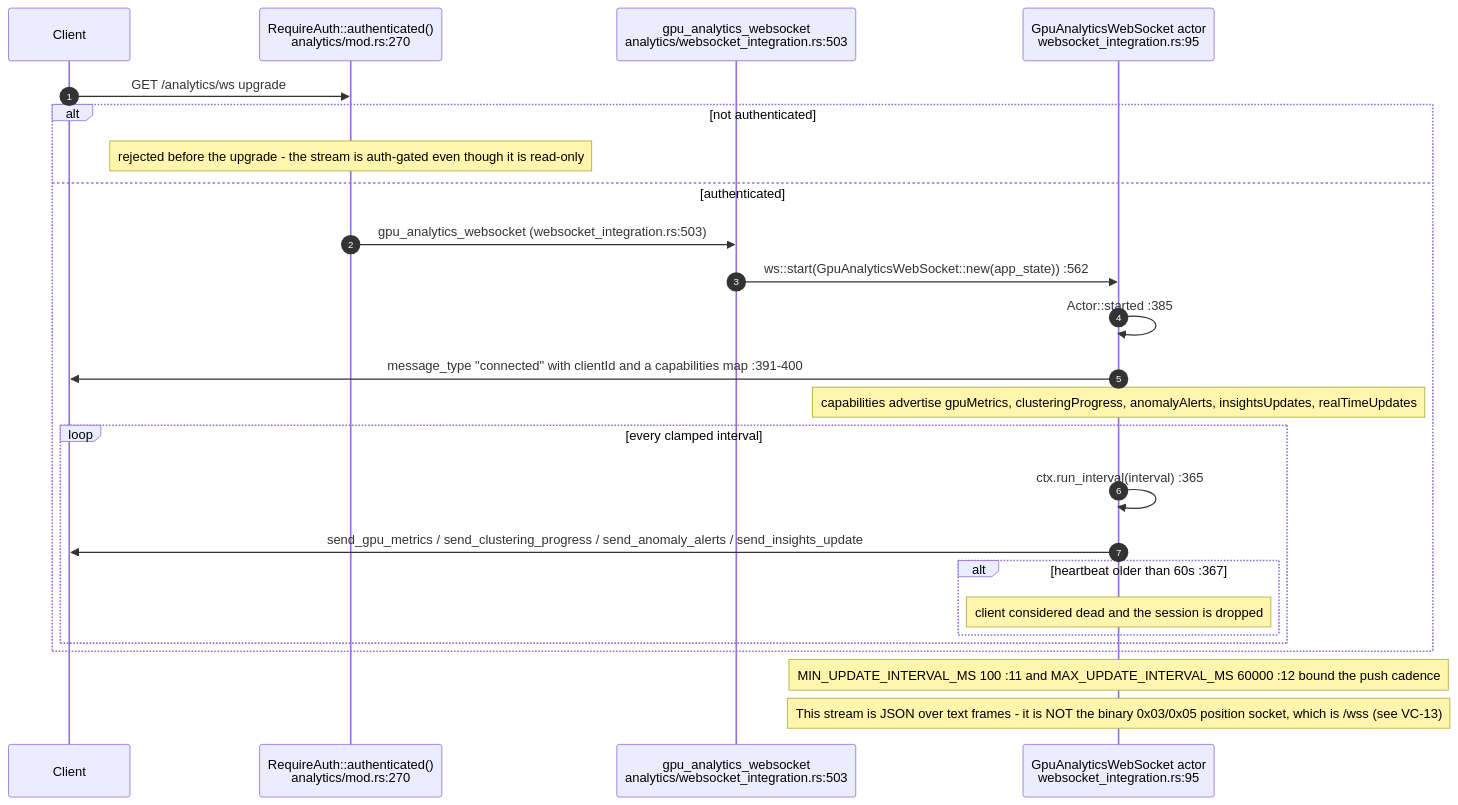
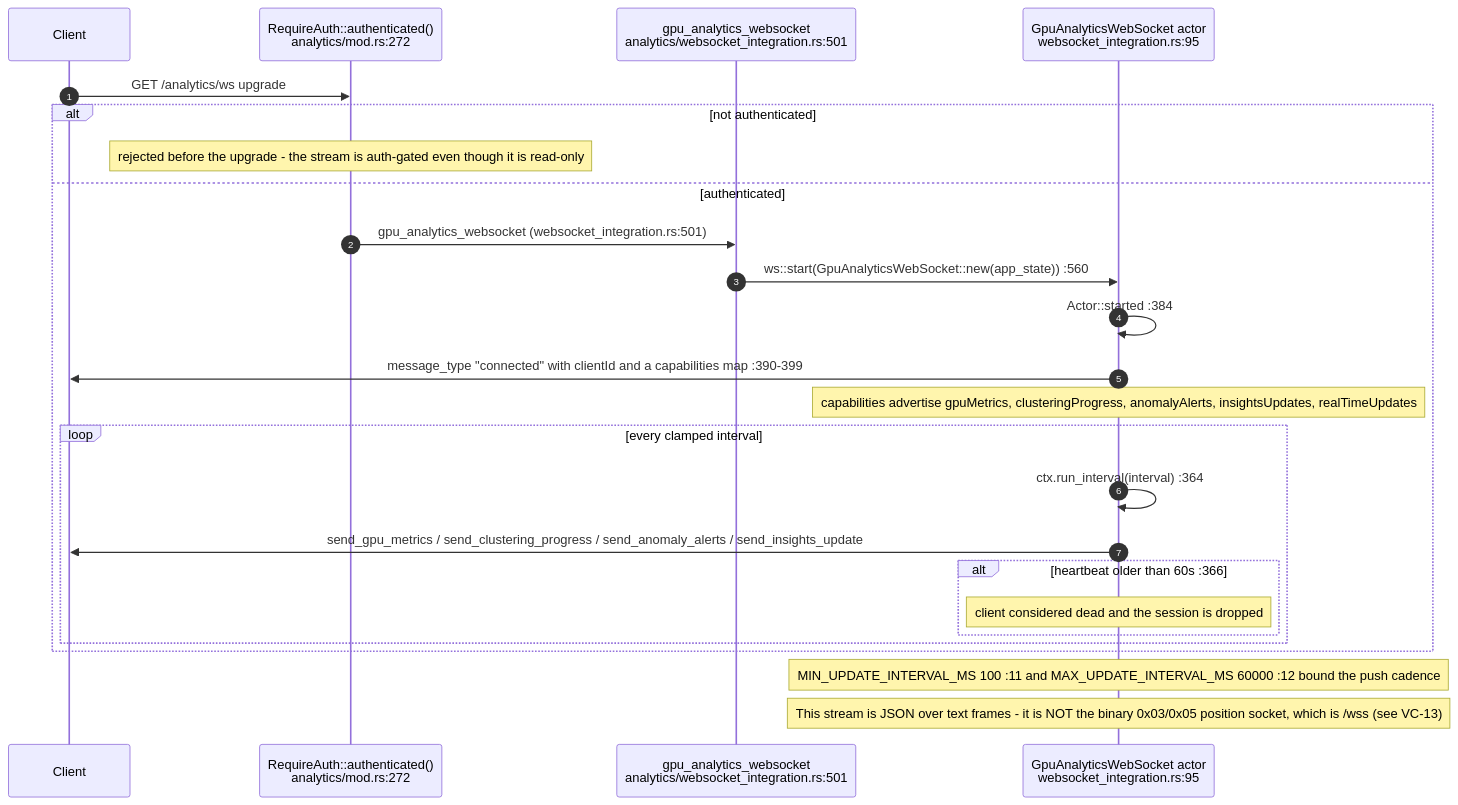
One commit to DreamLab-AI/VisionFlow changed the seventh of 10 diagrams in docs/diagrams/visionclaw/18-analytics-support-handlers.md. Above: the diagram before and after it, drawn with Mermaid. The commit also changed other lines of this file and 160 other files, not shown here.

````diff
--- a/docs/diagrams/visionclaw/18-analytics-support-handlers.md
+++ b/docs/diagrams/visionclaw/18-analytics-support-handlers.md
@@ -254,28 +260,28 @@
 ```mermaid
 sequenceDiagram
     autonumber
     participant C as Client
-    participant RT as RequireAuth::authenticated()<br/>analytics/mod.rs:270
-    participant WSH as gpu_analytics_websocket<br/>analytics/websocket_integration.rs:503
+    participant RT as RequireAuth::authenticated()<br/>analytics/mod.rs:272
+    participant WSH as gpu_analytics_websocket<br/>analytics/websocket_integration.rs:501
     participant A as GpuAnalyticsWebSocket actor<br/>websocket_integration.rs:95
 
     C->>RT: GET /analytics/ws upgrade
     alt not authenticated
         Note over RT: rejected before the upgrade - the stream is auth-gated even though it is read-only
     else authenticated
-        RT->>WSH: gpu_analytics_websocket (websocket_integration.rs:503)
-        WSH->>A: ws::start(GpuAnalyticsWebSocket::new(app_state)) :562
-        A->>A: Actor::started :385
-        A->>C: message_type "connected" with clientId and a capabilities map :391-400
+        RT->>WSH: gpu_analytics_websocket (websocket_integration.rs:501)
+        WSH->>A: ws::start(GpuAnalyticsWebSocket::new(app_state)) :560
+        A->>A: Actor::started :384
+        A->>C: message_type "connected" with clientId and a capabilities map :390-399
         Note over A: capabilities advertise gpuMetrics, clusteringProgress, anomalyAlerts, insightsUpdates, realTimeUpdates
         loop every clamped interval
-            A->>A: ctx.run_interval(interval) :365
+            A->>A: ctx.run_interval(interval) :364
             A->>C: send_gpu_metrics / send_clustering_progress / send_anomaly_alerts / send_insights_update
-            alt heartbeat older than 60s :367
+            alt heartbeat older than 60s :366
                 Note over A: client considered dead and the session is dropped
             end
         end
     end
     Note over A: MIN_UPDATE_INTERVAL_MS 100 :11 and MAX_UPDATE_INTERVAL_MS 60000 :12 bound the push cadence
     Note over A: This stream is JSON over text frames - it is NOT the binary 0x03/0x05 position socket, which is /wss (see VC-13)
 ```
````
